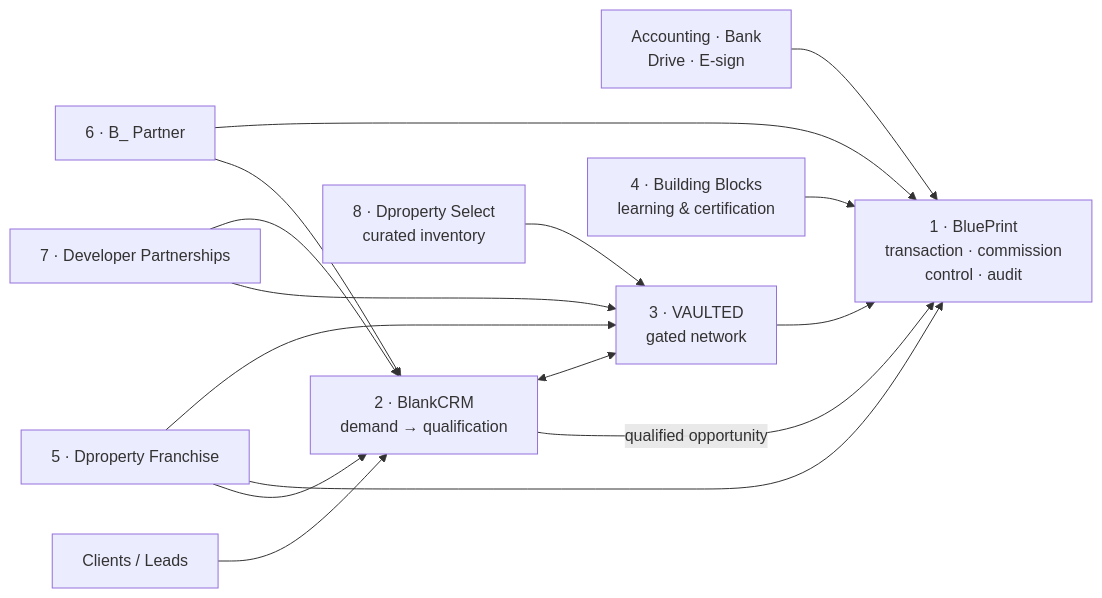
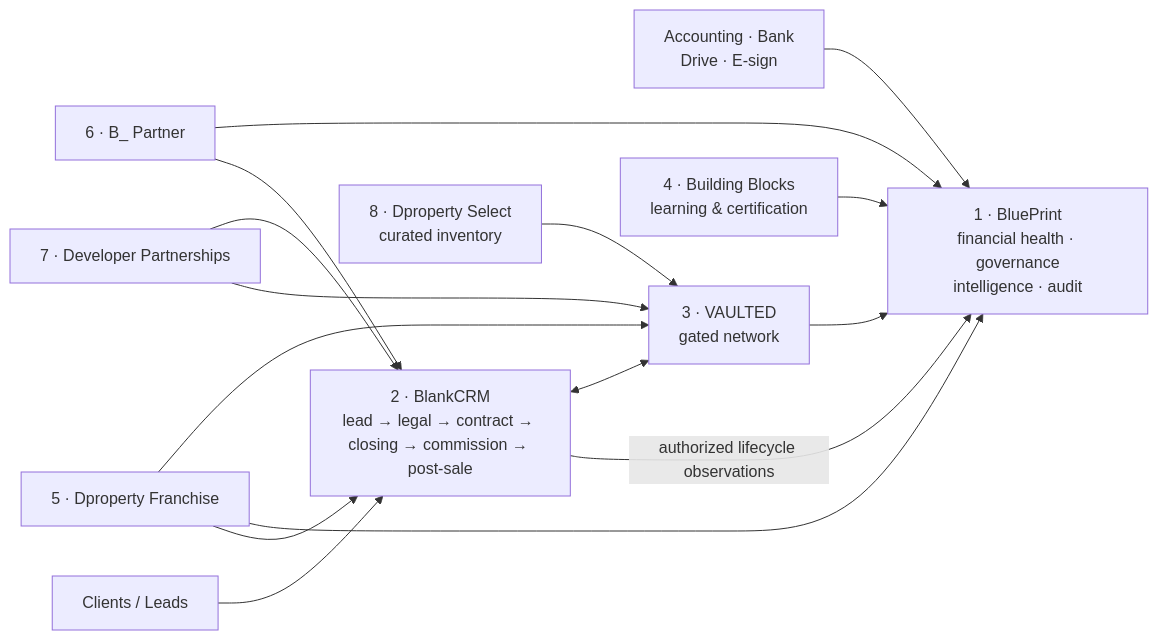
One commit to esteban123210/Dproperty_OS changed the diagram in second_brain/01_Canon/04 - Offer Portfolio Map.md. Above: the diagram before and after it, drawn with Mermaid. The commit also changed other lines of this file and 200 other files, not shown here.

Commit message:
Align BlankCRM execution and BluePrint management architecture

````diff
--- a/second_brain/01_Canon/04 - Offer Portfolio Map.md
+++ b/second_brain/01_Canon/04 - Offer Portfolio Map.md
@@ -47,25 +47,25 @@
 ```mermaid
 flowchart LR
     L["Clients / Leads"] --> CRM["2 · BlankCRM
-demand → qualification"]
-    CRM -->|"qualified opportunity"| BP["1 · BluePrint
-transaction · commission
-control · audit"]
+lead → legal → contract → closing → commission → post-sale"]
+    CRM -->|"authorized lifecycle observations"| BP["1 · BluePrint
+financial health · governance
+intelligence · audit"]
     ACC["Accounting · Bank
 Drive · E-sign"] --> BP
     CRM <--> VA["3 · VAULTED
 gated network"]
     VA --> BP
     AC["4 · Building Blocks
 learning & certification"] --> BP
     SEL["8 · Dproperty Select
 curated inventory"] --> VA
 
     FR["5 · Dproperty Franchise"] --> CRM
     FR --> BP
     FR --> VA
     PT["6 · B_ Partner"] --> CRM
     PT --> BP
     DEV["7 · Developer Partnerships"] --> VA
     DEV --> CRM
 ```
````
